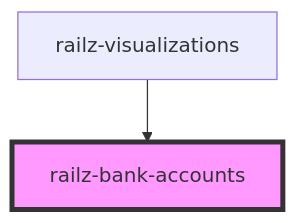
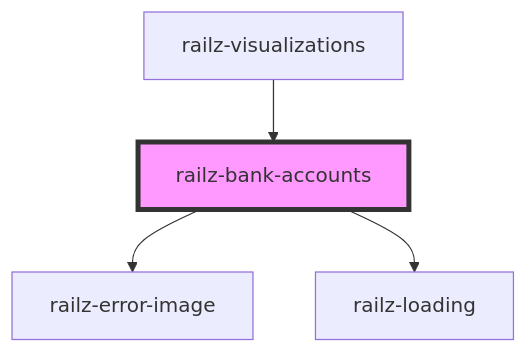
One commit to railz-ai/railz-visualizations changed the diagram in packages/components/src/elements/bank-accounts/readme.md. Above: the diagram before and after it, drawn with Mermaid. The commit also changed other lines of this file and 15 other files, not shown here.

Commit message:
chore: continue on Bank Accounts

````diff
--- a/packages/components/src/elements/bank-accounts/readme.md
+++ b/packages/components/src/elements/bank-accounts/readme.md
@@ -13,5 +26,7 @@
 ```mermaid
 graph TD;
+  railz-bank-accounts --> railz-error-image
+  railz-bank-accounts --> railz-loading
   railz-visualizations --> railz-bank-accounts
   style railz-bank-accounts fill:#f9f,stroke:#333,stroke-width:4px
 ```
````
